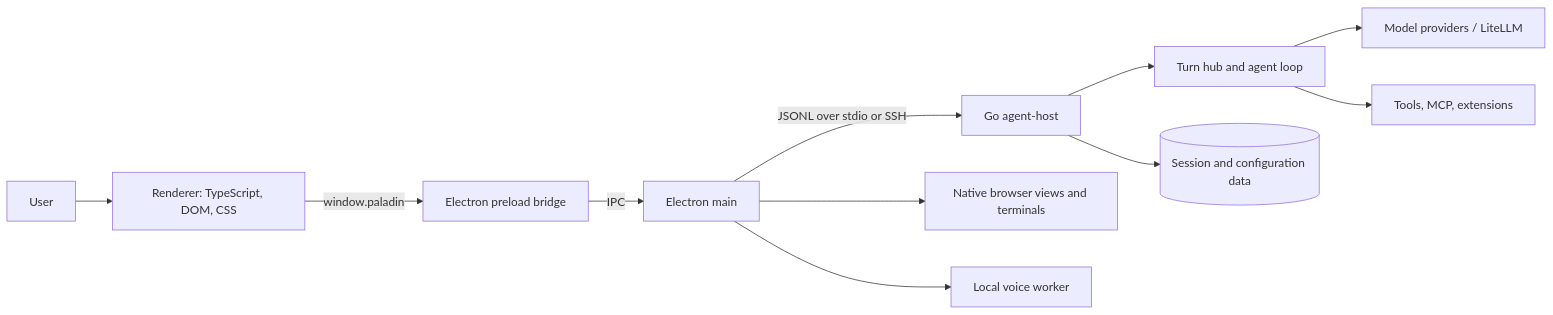
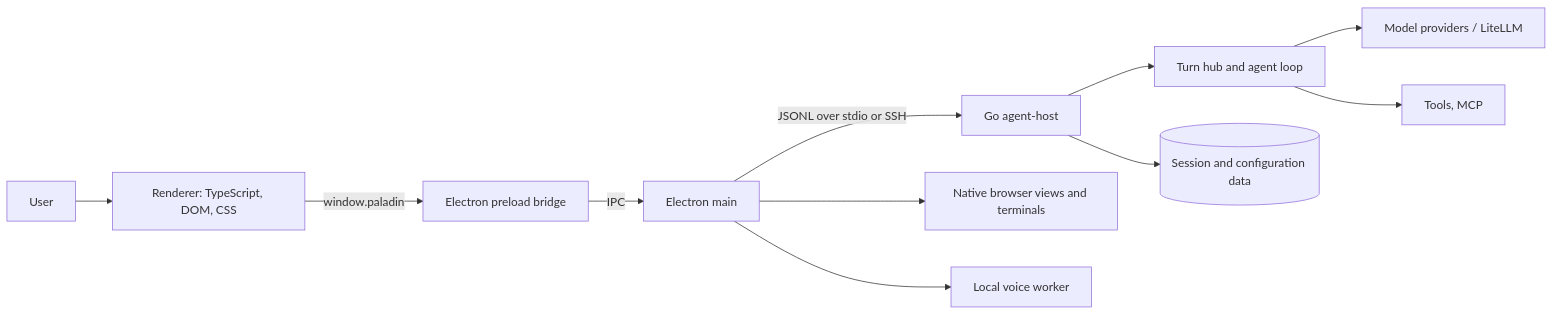
One commit to Ady-JK/paladin changed the diagram in README.md. Above: the diagram before and after it, drawn with Mermaid. The commit also changed other lines of this file and 123 other files, not shown here.

````diff
--- a/README.md
+++ b/README.md
@@ -9,13 +9,13 @@
 ```mermaid
 flowchart LR
   User --> Renderer["Renderer: TypeScript, DOM, CSS"]
   Renderer -->|window.paladin| Preload["Electron preload bridge"]
   Preload -->|IPC| Main["Electron main"]
   Main -->|"JSONL over stdio or SSH"| Host["Go agent-host"]
   Host --> Hub["Turn hub and agent loop"]
   Hub --> Providers["Model providers / LiteLLM"]
-  Hub --> Tools["Tools, MCP, extensions"]
+  Hub --> Tools["Tools, MCP"]
   Host --> Data[("Session and configuration data")]
   Main --> Views["Native browser views and terminals"]
   Main --> Voice["Local voice worker"]
 ```
````
